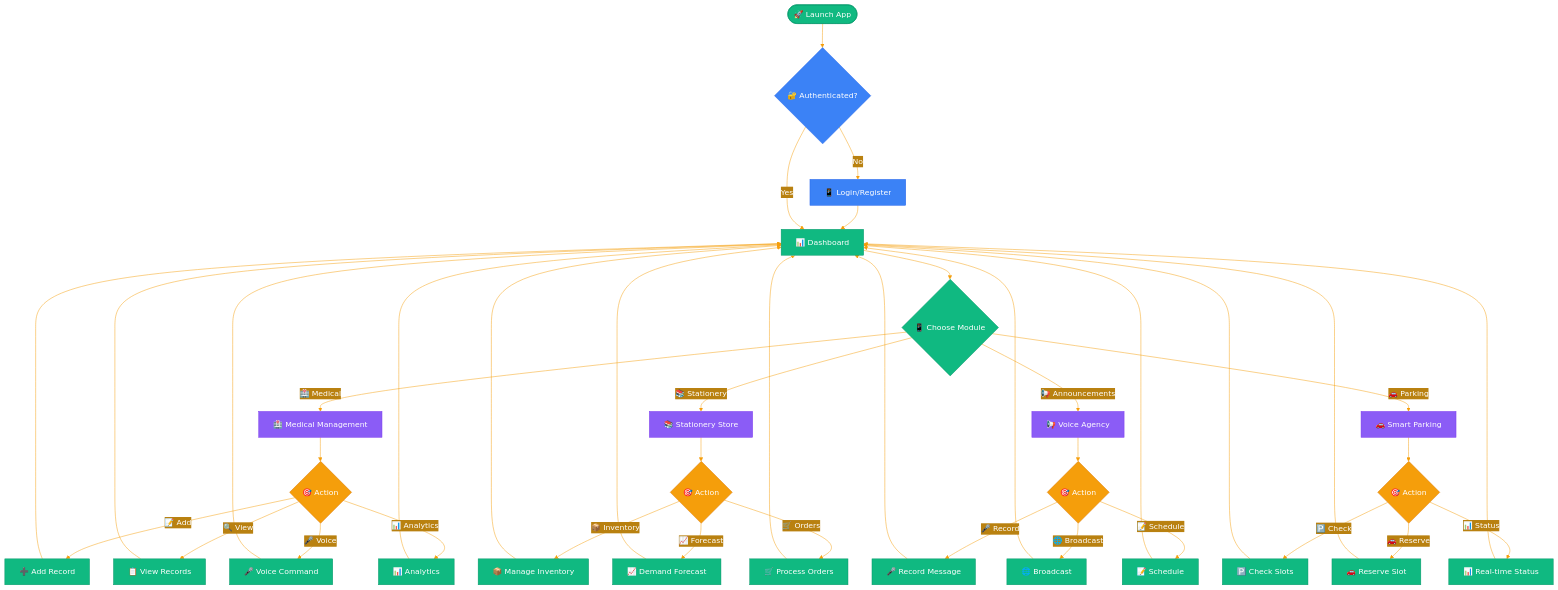
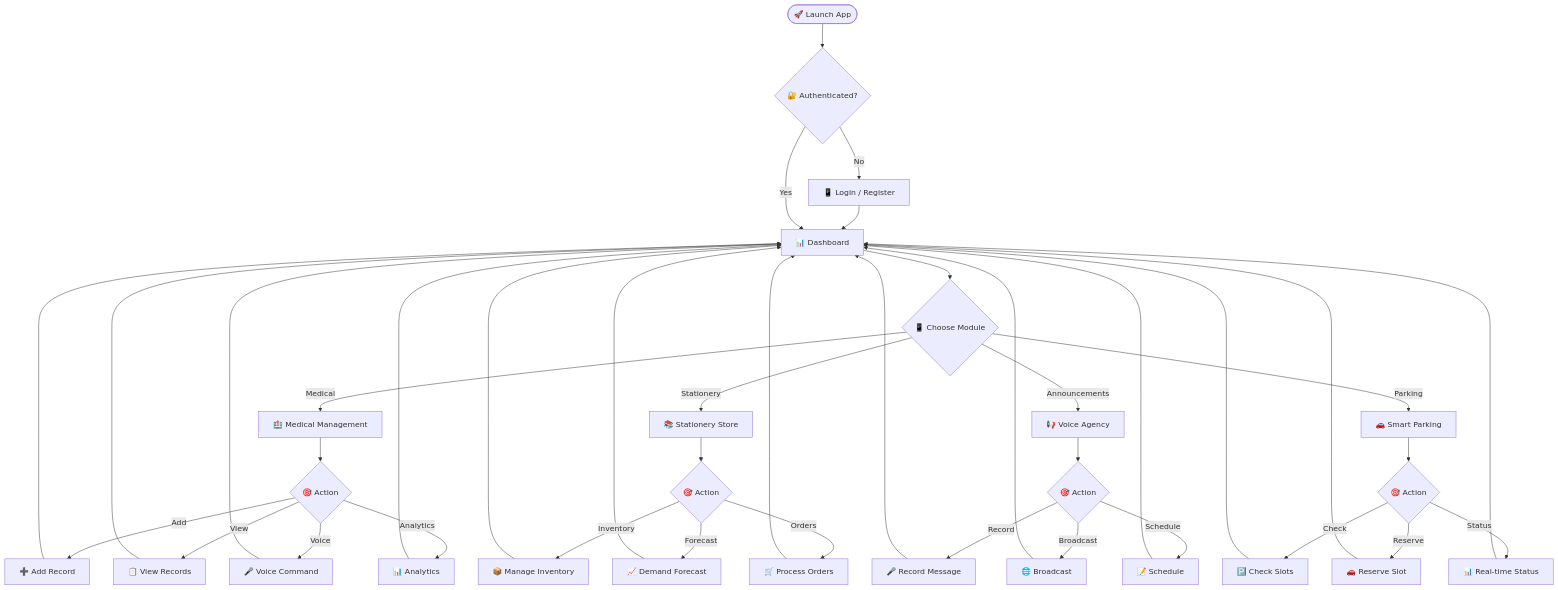
The second of 10 diagrams in README.md (AARVAK-VSET/campus-flow), drawn with Mermaid before and after one commit. The commit also changed other lines of this file, not shown here.

Commit message:
fix(docs): format mermaid diagrams for GitHub markdown rendering compatibility

````diff
--- a/README.md
+++ b/README.md
@@ -86,77 +63,52 @@
 ```mermaid
-%%{init: {
-  'theme': 'base',
-  'themeVariables': {
-    'primaryColor': '#10b981',
-    'primaryTextColor': '#ffffff',
-    'primaryBorderColor': '#059669',
-    'lineColor': '#f59e0b',
-    'sectionBkgColor': '#1e293b',
-    'altSectionBkgColor': '#334155',
-    'taskBkgColor': '#10b981',
-    'taskTextColor': '#ffffff',
-    'taskBorderColor': '#059669'
-  }
-}}%%
 flowchart TD
-    Start([🚀 Launch App]) --> Login{🔐 Authenticated?}
-    Login -->|No| Auth[📱 Login/Register]
-    Auth --> Dashboard[📊 Dashboard]
+    Start(["🚀 Launch App"]) --> Login{"🔐 Authenticated?"}
+    Login -->|No| Auth["📱 Login / Register"]
+    Auth --> Dashboard["📊 Dashboard"]
     Login -->|Yes| Dashboard
     
-    Dashboard --> Module{📱 Choose Module}
+    Dashboard --> Module{"📱 Choose Module"}
     
-    Module -->|🏥 Medical| MedicalFlow[🏥 Medical Management]
-    Module -->|📚 Stationery| StationeryFlow[📚 Stationery Store]
-    Module -->|📢 Announcements| AnnounceFlow[📢 Voice Agency]
-    Module -->|🚗 Parking| ParkingFlow[🚗 Smart Parking]
+    Module -->|Medical| MedicalFlow["🏥 Medical Management"]
+    Module -->|Stationery| StationeryFlow["📚 Stationery Store"]
+    Module -->|Announcements| AnnounceFlow["📢 Voice Agency"]
+    Module -->|Parking| ParkingFlow["🚗 Smart Parking"]
     
-    MedicalFlow --> MedicalActions{🎯 Action}
-    MedicalActions -->|📝 Add| AddRecord[➕ Add Record]
-    MedicalActions -->|🔍 View| ViewRecords[📋 View Records]
-    MedicalActions -->|🎤 Voice| VoiceMedical[🎤 Voice Command]
-    MedicalActions -->|📊 Analytics| MedicalAnalytics[📊 Analytics]
+    MedicalFlow --> MedicalActions{"🎯 Action"}
+    MedicalActions -->|Add| AddRecord["➕ Add Record"]
+    MedicalActions -->|View| ViewRecords["📋 View Records"]
+    MedicalActions -->|Voice| VoiceMedical["🎤 Voice Command"]
+    MedicalActions -->|Analytics| MedicalAnalytics["📊 Analytics"]
     
-    StationeryFlow --> StationeryActions{🎯 Action}
-    StationeryActions -->|📦 Inventory| Inventory[📦 Manage Inventory]
-    StationeryActions -->|📈 Forecast| Forecast[📈 Demand Forecast]
-    StationeryActions -->|🛒 Orders| Orders[🛒 Process Orders]
+    StationeryFlow --> StationeryActions{"🎯 Action"}
+    StationeryActions -->|Inventory| Inventory["📦 Manage Inventory"]
+    StationeryActions -->|Forecast| Forecast["📈 Demand Forecast"]
+    StationeryActions -->|Orders| Orders["🛒 Process Orders"]
     
-    AnnounceFlow --> AnnounceActions{🎯 Action}
-    AnnounceActions -->|🎤 Record| RecordVoice[🎤 Record Message]
-    AnnounceActions -->|🌐 Broadcast| Broadcast[🌐 Broadcast]
-    AnnounceActions -->|📝 Schedule| Schedule[📝 Schedule]
+    AnnounceFlow --> AnnounceActions{"🎯 Action"}
+    AnnounceActions -->|Record| RecordVoice["🎤 Record Message"]
+    AnnounceActions -->|Broadcast| Broadcast["🌐 Broadcast"]
+    AnnounceActions -->|Schedule| Schedule["📝 Schedule"]
     
-    ParkingFlow --> ParkingActions{🎯 Action}
-    ParkingActions -->|🅿️ Check| CheckSlots[🅿️ Check Slots]
-    ParkingActions -->|🚗 Reserve| Reserve[🚗 Reserve Slot]
-    ParkingActions -->|📊 Status| ParkingStatus[📊 Real-time Status]
+    ParkingFlow --> ParkingActions{"🎯 Action"}
+    ParkingActions -->|Check| CheckSlots["🅿️ Check Slots"]
+    ParkingActions -->|Reserve| Reserve["🚗 Reserve Slot"]
+    ParkingActions -->|Status| ParkingStatus["📊 Real-time Status"]
     
-    %% Return flows
     AddRecord --> Dashboard
     ViewRecords --> Dashboard
     VoiceMedical --> Dashboard
     MedicalAnalytics --> Dashboard
     
     Inventory --> Dashboard
     Forecast --> Dashboard
     Orders --> Dashboard
     
     RecordVoice --> Dashboard
     Broadcast --> Dashboard
     Schedule --> Dashboard
     
     CheckSlots --> Dashboard
     Reserve --> Dashboard
     ParkingStatus --> Dashboard
-    
-    classDef start fill:#10b981,stroke:#059669,color:#ffffff
-    classDef process fill:#3b82f6,stroke:#2563eb,color:#ffffff
-    classDef action fill:#f59e0b,stroke:#d97706,color:#ffffff
-    classDef module fill:#8b5cf6,stroke:#7c3aed,color:#ffffff
-    
-    class Start,Dashboard start
-    class Login,Auth process
-    class MedicalActions,StationeryActions,AnnounceActions,ParkingActions action
-    class MedicalFlow,StationeryFlow,AnnounceFlow,ParkingFlow module
 ```
````
